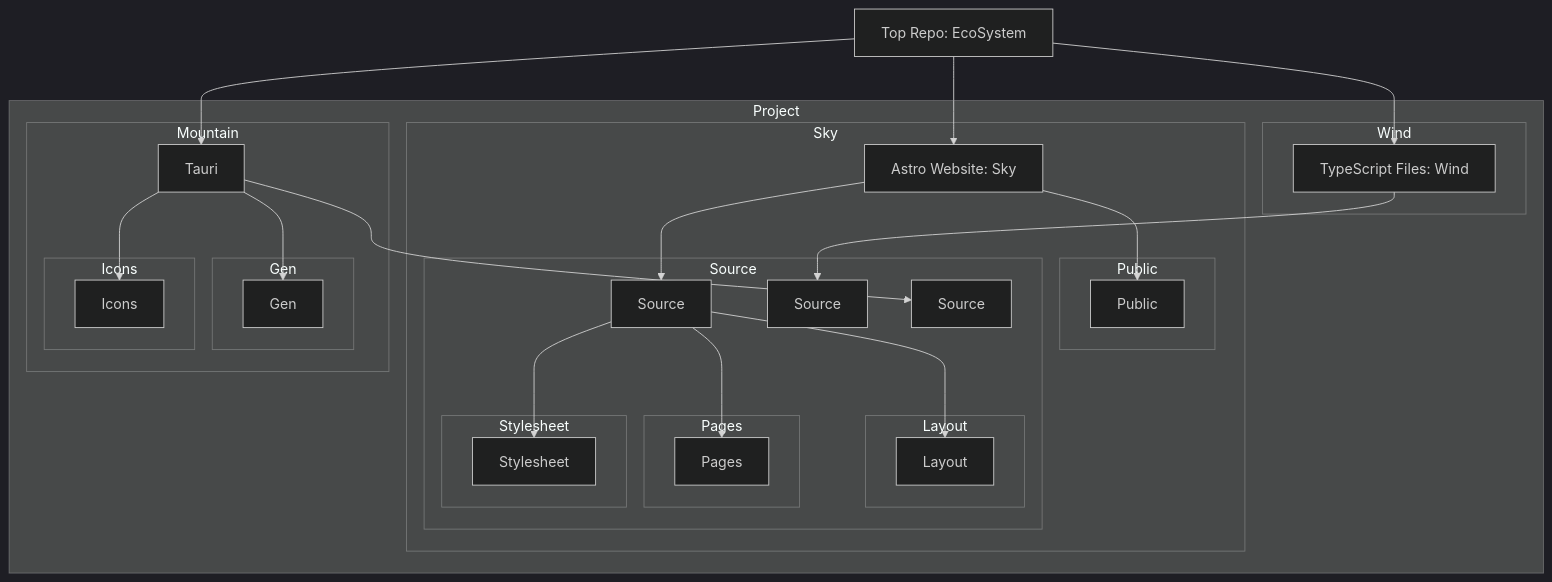
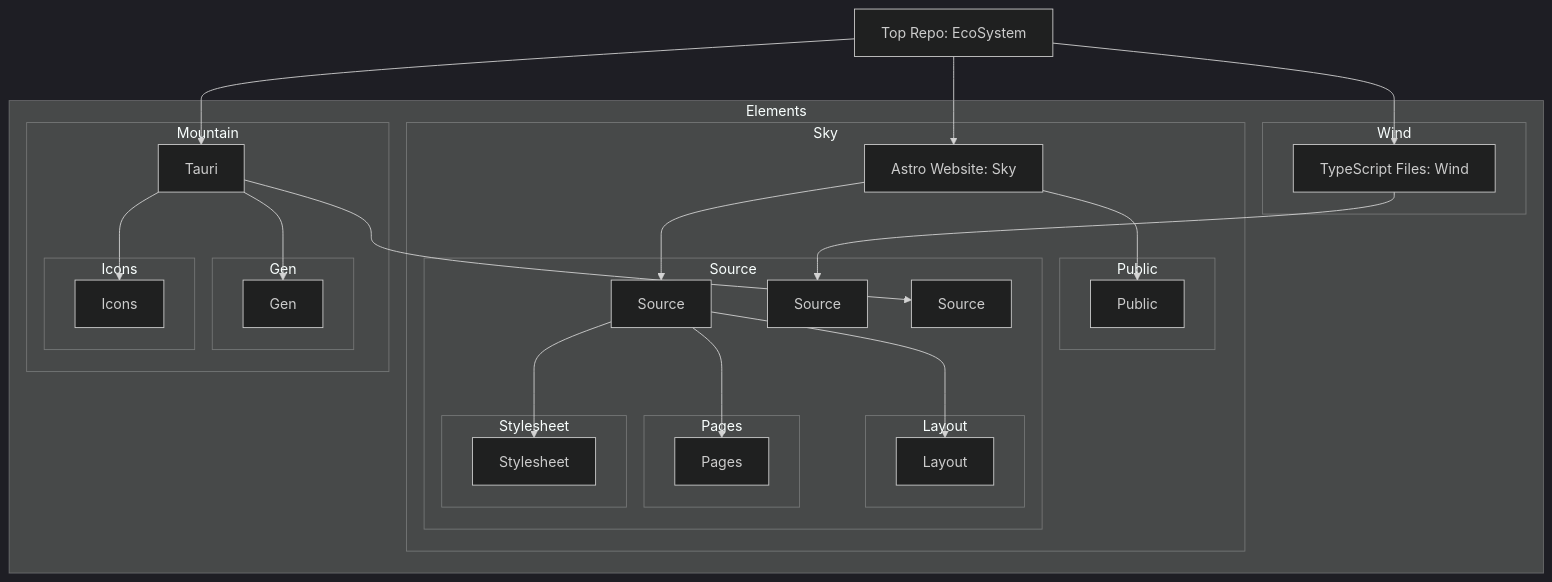
One commit to CodeEditorLand/Land changed the first of 2 diagrams in README.md. Above: the diagram before and after it, drawn with Mermaid (dark theme). The commit also changed 1 other file, not shown here.

````diff
--- a/README.md
+++ b/README.md
@@ -29,58 +29,58 @@
 ```mermaid
 graph TD
     A[Top Repo: EcoSystem]
 
-    subgraph Project
+    subgraph Elements
         subgraph Sky
             D[Astro Website: Sky]
             subgraph Public
                 D3[Public]
             end
             subgraph Source
                 D4[Source]
                 subgraph Layout
                     D5[Layout]
                 end
                 subgraph Pages
                     D6[Pages]
                 end
                 subgraph Stylesheet
                     D7[Stylesheet]
                 end
             end
         end
 
         subgraph Wind
             F[TypeScript Files: Wind]
             subgraph Source
                 F3[Source]
             end
         end
 
         subgraph Mountain
             G[Tauri]
             subgraph Gen
                 G3[Gen]
             end
             subgraph Icons
                 G4[Icons]
             end
             subgraph Source
                 G5[Source]
             end
         end
     end
 
     A --> D
     A --> F
     A --> G
     D --> D3
     D --> D4
     D4 --> D5
     D4 --> D6
     D4 --> D7
     F --> F3
     G --> G3
     G --> G4
     G --> G5
 ```
````
